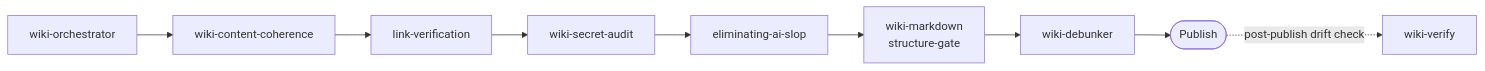
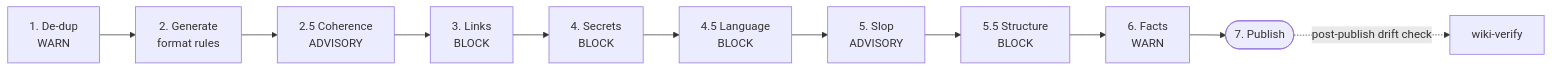
Before and after one commit to bordenet/superpowers-plus: the fourth of 6 diagrams in docs/SKILL_TAXONOMY.md, drawn with Mermaid. The commit also changed other lines of this file and 8 other files, not shown here.

````diff
--- a/docs/SKILL_TAXONOMY.md
+++ b/docs/SKILL_TAXONOMY.md
@@ -181,15 +147,17 @@
 ```mermaid
 flowchart LR
-    WO[wiki-orchestrator]
-    WCC[wiki-content-coherence]
-    LV[link-verification]
-    WSA[wiki-secret-audit]
-    EAS[eliminating-ai-slop]
-    WMSG[wiki-markdown<br/>structure-gate]
-    WD[wiki-debunker]
-    PUB([Publish])
+    DD["1. De-dup<br/>WARN"]
+    GEN["2. Generate<br/>format rules"]
+    WCC["2.5 Coherence<br/>ADVISORY"]
+    LV["3. Links<br/>BLOCK"]
+    WSA["4. Secrets<br/>BLOCK"]
+    LANG["4.5 Language<br/>BLOCK"]
+    EAS["5. Slop<br/>ADVISORY"]
+    WMSG["5.5 Structure<br/>BLOCK"]
+    WD["6. Facts<br/>WARN"]
+    PUB(["7. Publish"])
     WV[wiki-verify]
 
-    WO --> WCC --> LV --> WSA --> EAS --> WMSG --> WD --> PUB
+    DD --> GEN --> WCC --> LV --> WSA --> LANG --> EAS --> WMSG --> WD --> PUB
     PUB -.->|post-publish drift check| WV
 ```
````
